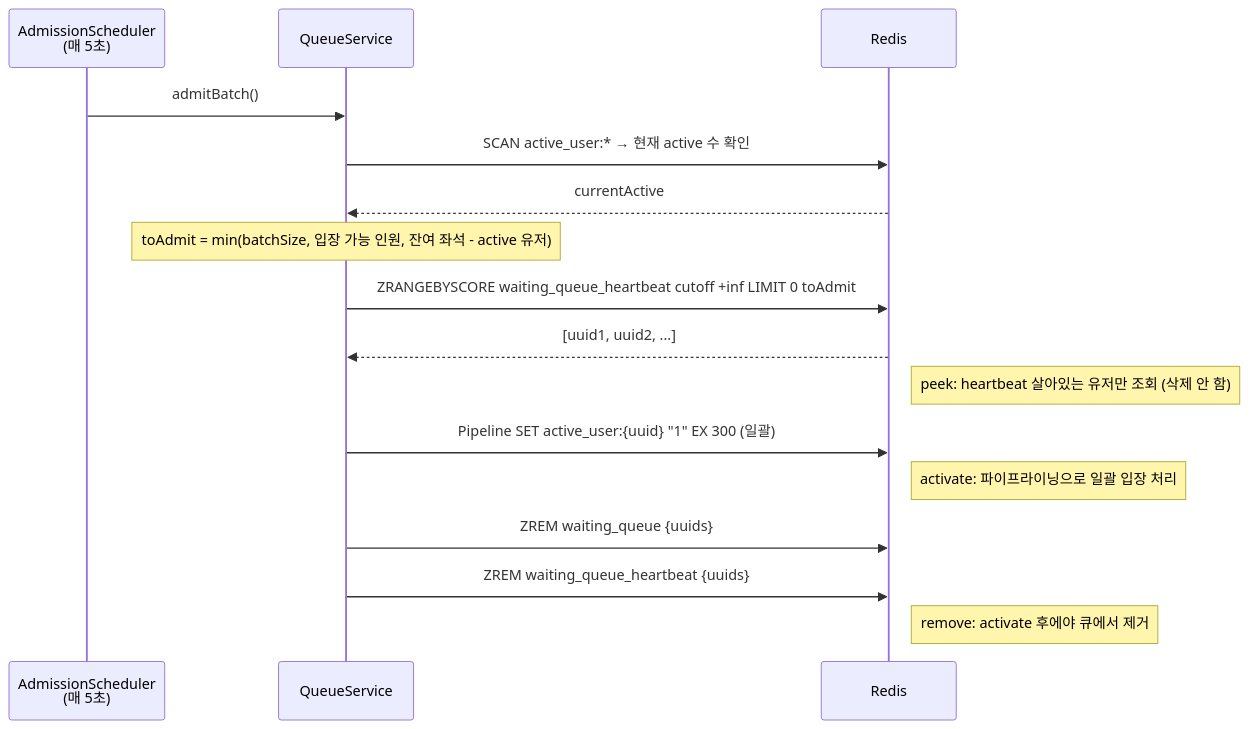
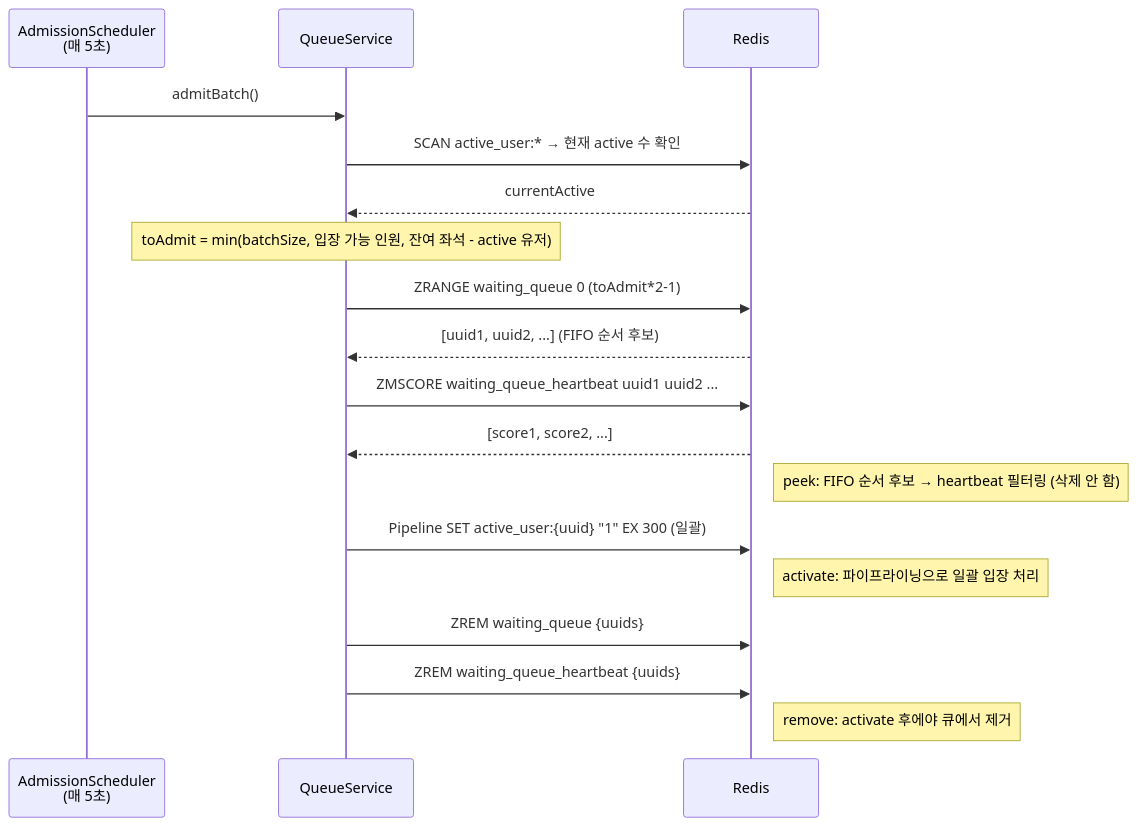
One commit to irnd04/zticket changed the fourth of 7 diagrams in README.md. Above: the diagram before and after it, drawn with Mermaid. The commit also changed other lines of this file and 11 other files, not shown here.

First line of the commit message:
refactor: HeartbeatPort 분리 + WaitingQueueOperator 추출

````diff
--- a/README.md
+++ b/README.md
@@ -142,24 +134,26 @@
 ```mermaid
 sequenceDiagram
     participant S as AdmissionScheduler<br/>(매 5초)
     participant Q as QueueService
     participant R as Redis
 
     S->>Q: admitBatch()
 
     Q->>R: SCAN active_user:* → 현재 active 수 확인
     R-->>Q: currentActive
 
     Note over Q: toAdmit = min(batchSize, 입장 가능 인원, 잔여 좌석 - active 유저)
 
-    Q->>R: ZRANGEBYSCORE waiting_queue_heartbeat cutoff +inf LIMIT 0 toAdmit
-    R-->>Q: [uuid1, uuid2, ...]
-    Note right of R: peek: heartbeat 살아있는 유저만 조회 (삭제 안 함)
+    Q->>R: ZRANGE waiting_queue 0 (toAdmit*2-1)
+    R-->>Q: [uuid1, uuid2, ...] (FIFO 순서 후보)
+    Q->>R: ZMSCORE waiting_queue_heartbeat uuid1 uuid2 ...
+    R-->>Q: [score1, score2, ...]
+    Note right of R: peek: FIFO 순서 후보 → heartbeat 필터링 (삭제 안 함)
 
     Q->>R: Pipeline SET active_user:{uuid} "1" EX 300 (일괄)
     Note right of R: activate: 파이프라이닝으로 일괄 입장 처리
 
     Q->>R: ZREM waiting_queue {uuids}
     Q->>R: ZREM waiting_queue_heartbeat {uuids}
     Note right of R: remove: activate 후에야 큐에서 제거
 ```
````
